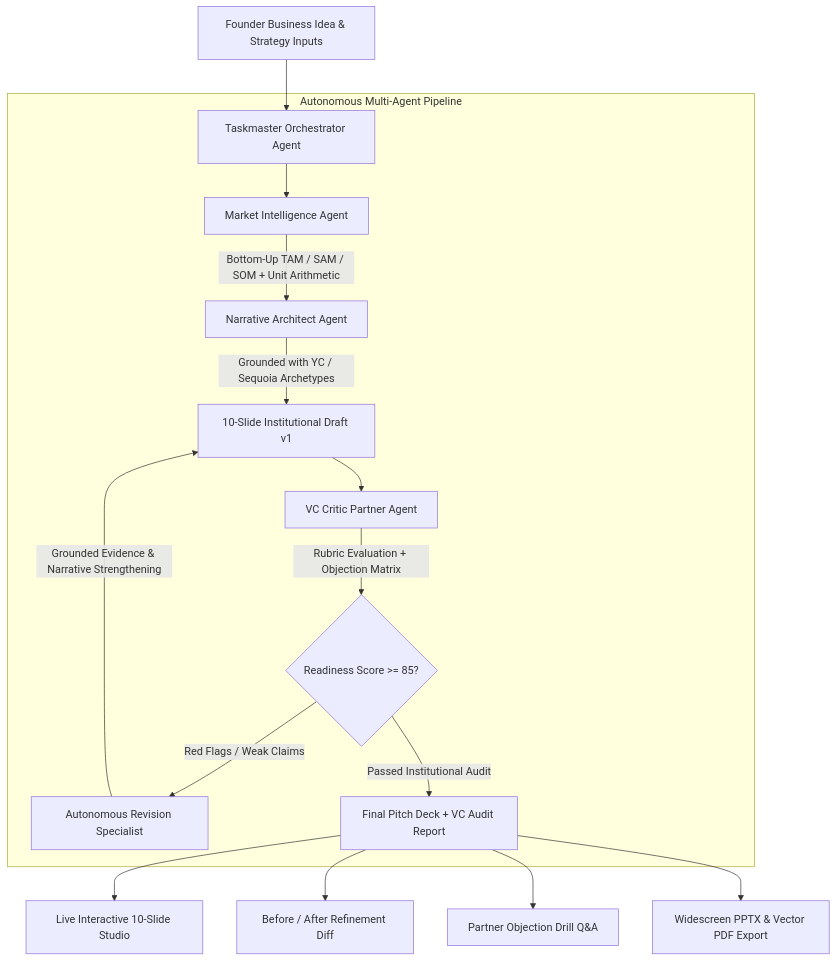
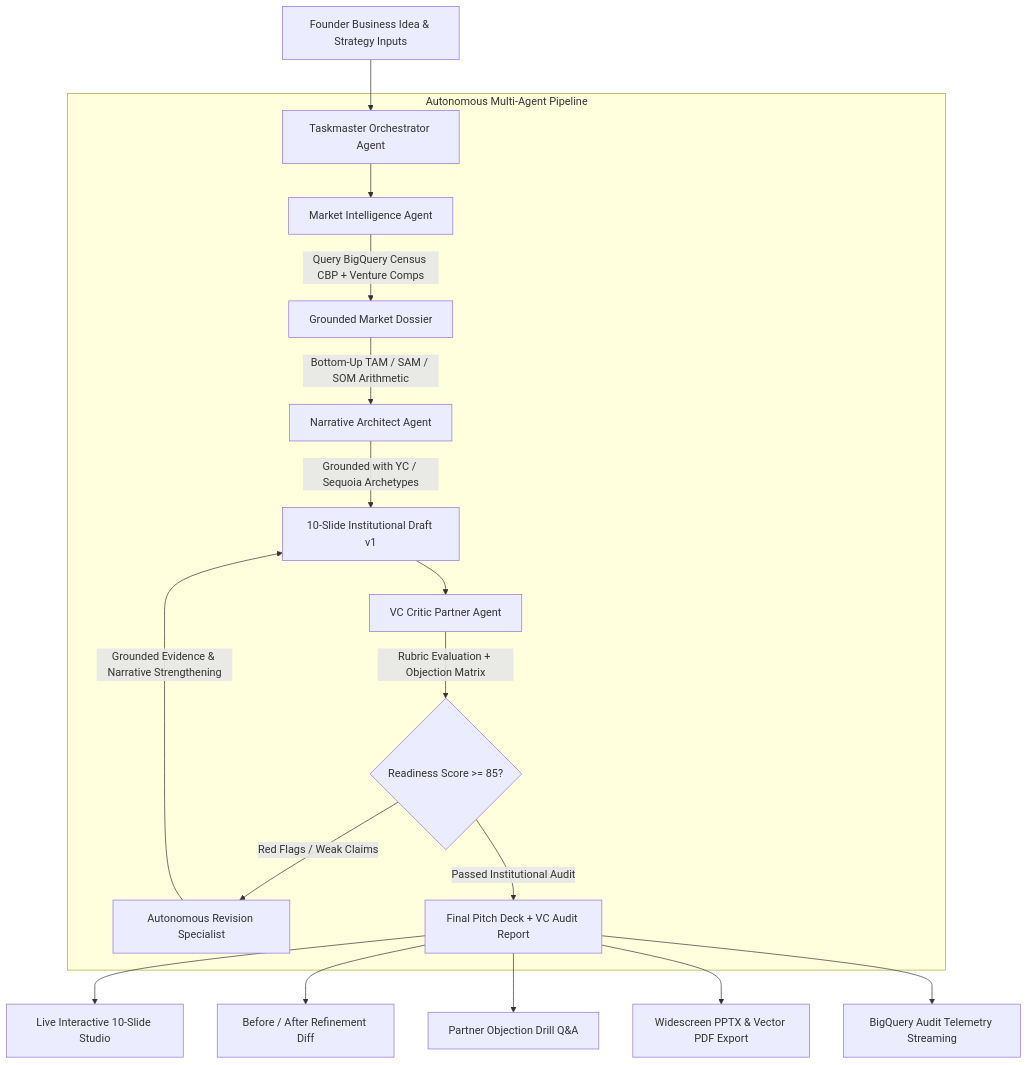
Before and after one commit to M0izz/Pitch-Deck-AI: the diagram in README.md, drawn with Mermaid. The commit also changed other lines of this file, not shown here.

Commit message:
docs: update README with BigQuery integration details, refined feature highlights, and a Google technologies table

````diff
--- a/README.md
+++ b/README.md
@@ -100,25 +120,26 @@
 ```mermaid
 flowchart TD
     A[Founder Business Idea & Strategy Inputs] --> B[Taskmaster Orchestrator Agent]
     
     subgraph SwarmExecution ["Autonomous Multi-Agent Pipeline"]
         B --> C[Market Intelligence Agent]
-        C -->|Bottom-Up TAM / SAM / SOM + Unit Arithmetic| D[Narrative Architect Agent]
+        C -->|Query BigQuery Census CBP + Venture Comps| D[Grounded Market Dossier]
         
-        D -->|Grounded with YC / Sequoia Archetypes| E[10-Slide Institutional Draft v1]
+        D -->|Bottom-Up TAM / SAM / SOM Arithmetic| E[Narrative Architect Agent]
+        E -->|Grounded with YC / Sequoia Archetypes| F[10-Slide Institutional Draft v1]
         
-        E --> F[VC Critic Partner Agent]
+        F --> G[VC Critic Partner Agent]
+        G -->|Rubric Evaluation + Objection Matrix| H{Readiness Score >= 85?}
         
-        F -->|Rubric Evaluation + Objection Matrix| G{Readiness Score >= 85?}
+        H -- Red Flags / Weak Claims --> I[Autonomous Revision Specialist]
+        I -->|Grounded Evidence & Narrative Strengthening| F
         
-        G -- Red Flags / Weak Claims --> H[Autonomous Revision Specialist]
-        H -->|Grounded Evidence & Narrative Strengthening| E
-        
-        G -- Passed Institutional Audit --> I[Final Pitch Deck + VC Audit Report]
+        H -- Passed Institutional Audit --> J[Final Pitch Deck + VC Audit Report]
     end
     
-    I --> J[Live Interactive 10-Slide Studio]
-    I --> K[Before / After Refinement Diff]
-    I --> L[Partner Objection Drill Q&A]
-    I --> M[Widescreen PPTX & Vector PDF Export]
+    J --> K[Live Interactive 10-Slide Studio]
+    J --> L[Before / After Refinement Diff]
+    J --> M[Partner Objection Drill Q&A]
+    J --> N[Widescreen PPTX & Vector PDF Export]
+    J --> O[BigQuery Audit Telemetry Streaming]
 ```
````
